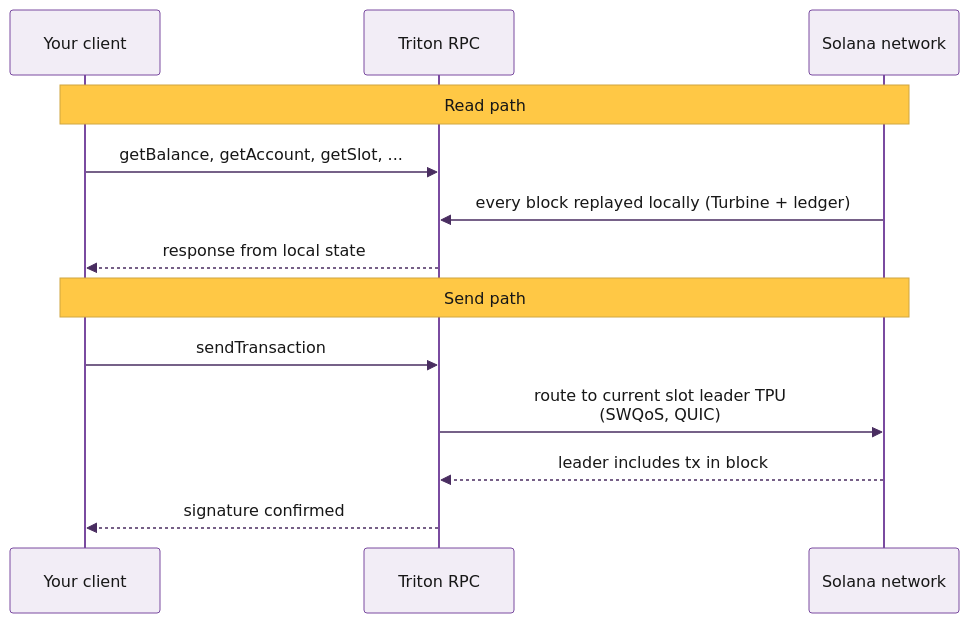
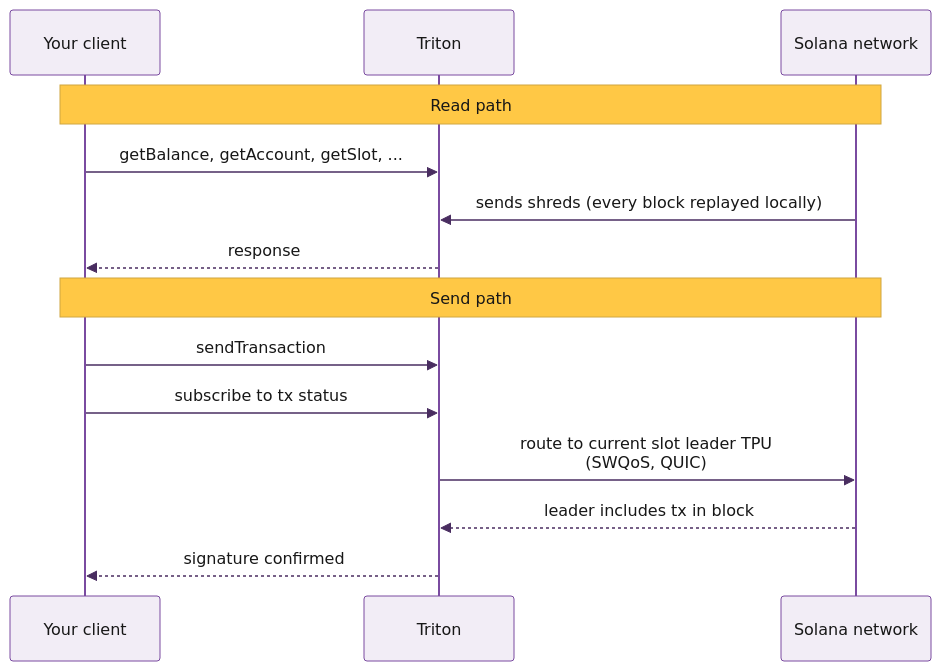
Before and after one commit to kshyndina/docs: the diagram in solana/welcome.mdx, drawn with Mermaid. The commit also changed 1 other file, not shown here.

````diff
--- a/solana/welcome.mdx
+++ b/solana/welcome.mdx
@@ -85,16 +85,17 @@
 ```mermaid
 %%{init: {'theme':'base','themeVariables':{'primaryColor':'#F2EDF6','primaryBorderColor':'#7A4BA0','primaryTextColor':'#171717','lineColor':'#956FB3','secondaryColor':'#E4DBEC','tertiaryColor':'#D7C9E3','noteBkgColor':'#FFC845','noteTextColor':'#171717','actorBkg':'#F2EDF6','actorBorder':'#7A4BA0','signalColor':'#492D60','labelBoxBkgColor':'#7A4BA0','labelTextColor':'#F7F7F7'}}}%%
 sequenceDiagram
     participant You as Your client
-    participant RPC as Triton RPC
+    participant Triton
     participant Net as Solana network
     Note over You,Net: Read path
-    You->>RPC: getBalance, getAccount, getSlot, ...
-    Net->>RPC: every block replayed locally (Turbine + ledger)
-    RPC-->>You: response from local state
+    You->>Triton: getBalance, getAccount, getSlot, ...
+    Net->>Triton: sends shreds (every block replayed locally)
+    Triton-->>You: response
     Note over You,Net: Send path
-    You->>RPC: sendTransaction
-    RPC->>Net: route to current slot leader TPU<br/>(SWQoS, QUIC)
-    Net-->>RPC: leader includes tx in block
-    RPC-->>You: signature confirmed
+    You->>Triton: sendTransaction
+    You->>Triton: subscribe to tx status
+    Triton->>Net: route to current slot leader TPU<br/>(SWQoS, QUIC)
+    Net-->>Triton: leader includes tx in block
+    Triton-->>You: signature confirmed
 ```
````
